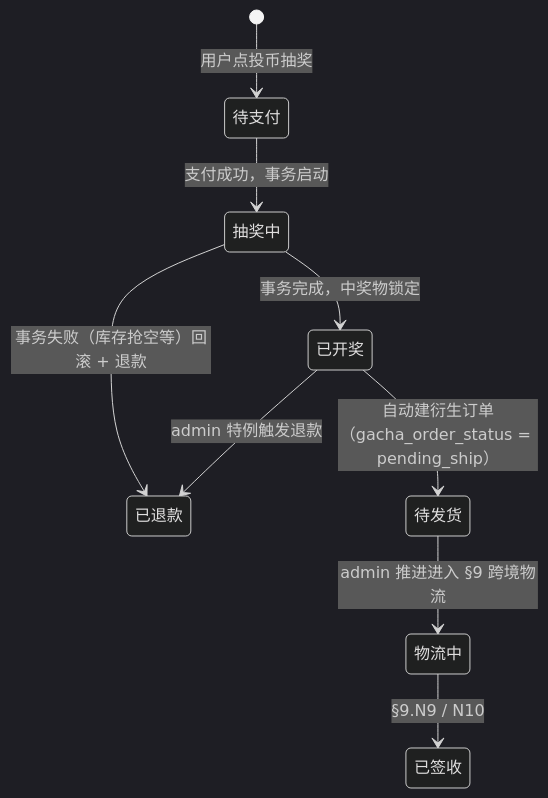
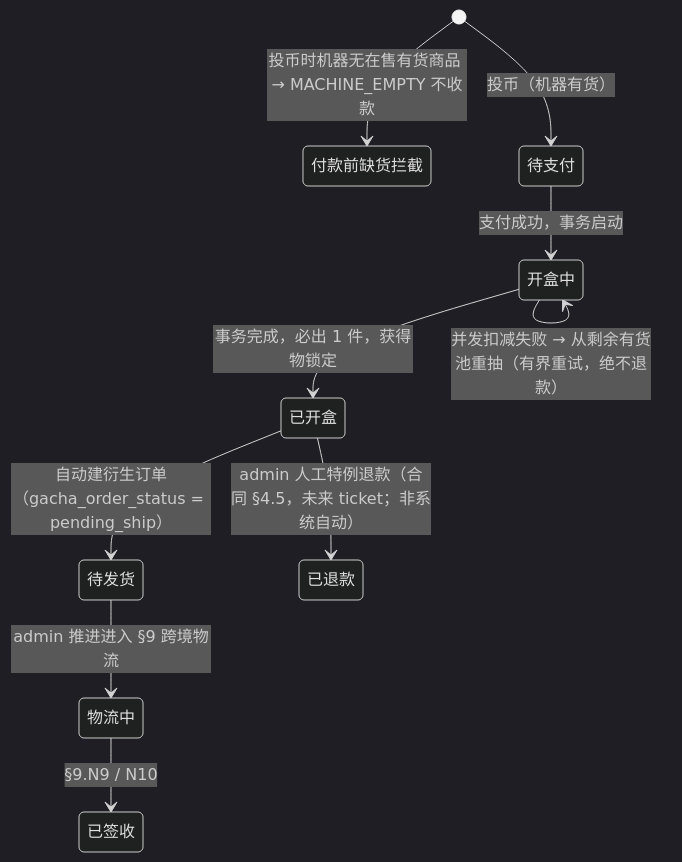
Before and after one commit to sengsengran-guzi/doc: the eighth of 12 diagrams in 10-业务流权威图.md, drawn with Mermaid (dark theme). The commit also changed other lines of this file and 10 other files, not shown here.

````diff
--- a/10-业务流权威图.md
+++ b/10-业务流权威图.md
@@ -730,11 +733,12 @@
 ```mermaid
 stateDiagram-v2
-    [*] --> 待支付: 用户点投币抽奖
-    待支付 --> 抽奖中: 支付成功，事务启动
-    抽奖中 --> 已开奖: 事务完成，中奖物锁定
-    抽奖中 --> 已退款: 事务失败（库存抢空等）回滚 + 退款
-    已开奖 --> 待发货: 自动建衍生订单（gacha_order_status = pending_ship）
+    [*] --> 付款前缺货拦截: 投币时机器无在售有货商品 → MACHINE_EMPTY 不收款
+    [*] --> 待支付: 投币（机器有货）
+    待支付 --> 开盒中: 支付成功，事务启动
+    开盒中 --> 已开盒: 事务完成，必出 1 件，获得物锁定
+    开盒中 --> 开盒中: 并发扣减失败 → 从剩余有货池重抽（有界重试，绝不退款）
+    已开盒 --> 待发货: 自动建衍生订单（gacha_order_status = pending_ship）
     待发货 --> 物流中: admin 推进进入 §9 跨境物流
     物流中 --> 已签收: §9.N9 / N10
-    已开奖 --> 已退款: admin 特例触发退款
+    已开盒 --> 已退款: admin 人工特例退款（合同 §4.5，未来 ticket；非系统自动）
 ```
````
